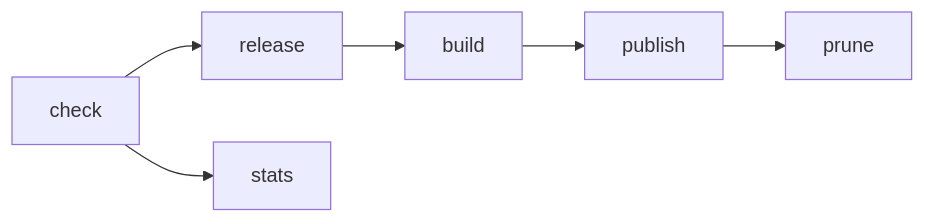
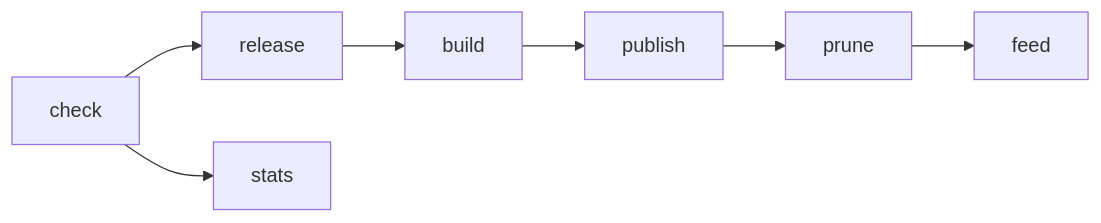
The diagram in docs/ARCHITECTURE.md (JuliusBairaktaris/Qualcommax_NSS_Builder), drawn with Mermaid before and after one commit. The commit also changed other lines of this file and 3 other files, not shown here.

First line of the commit message:
build: publish the kernel modules of each image as an apk feed

````diff
--- a/docs/ARCHITECTURE.md
+++ b/docs/ARCHITECTURE.md
@@ -13,5 +13,5 @@
 ```mermaid
 flowchart LR
-    check --> release --> build --> publish --> prune
+    check --> release --> build --> publish --> prune --> feed
     check --> stats
 ```
````
